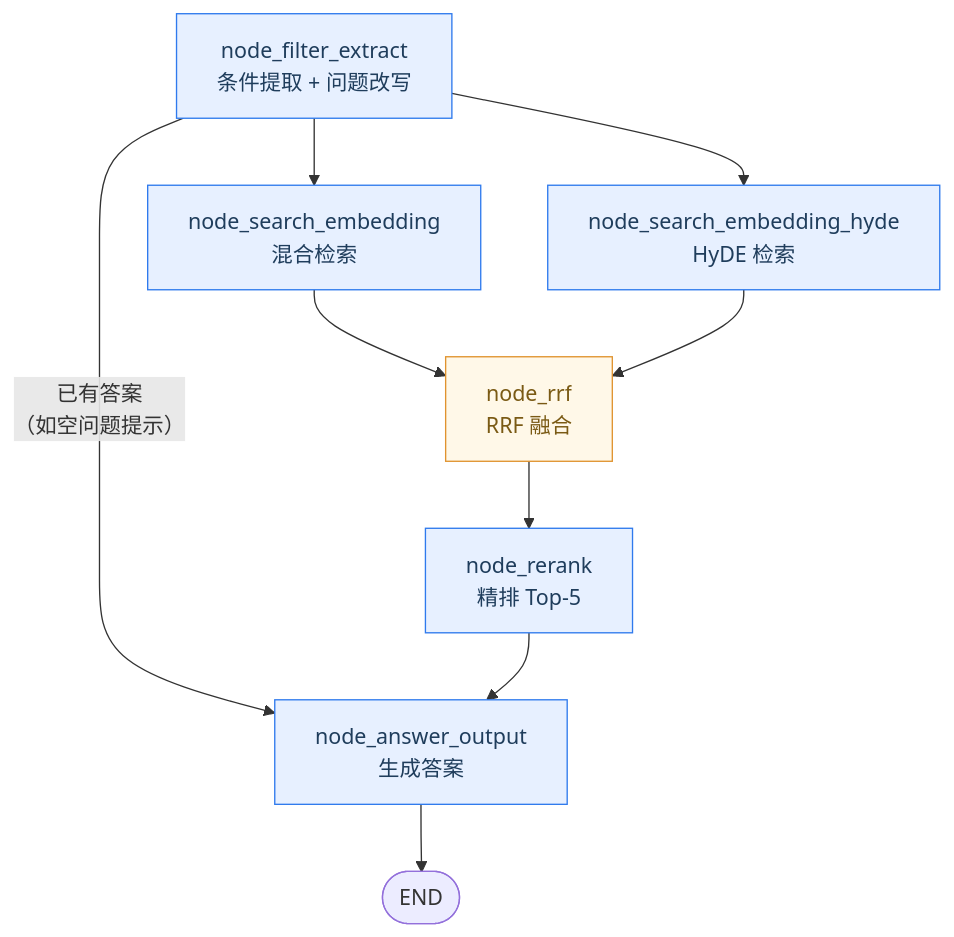
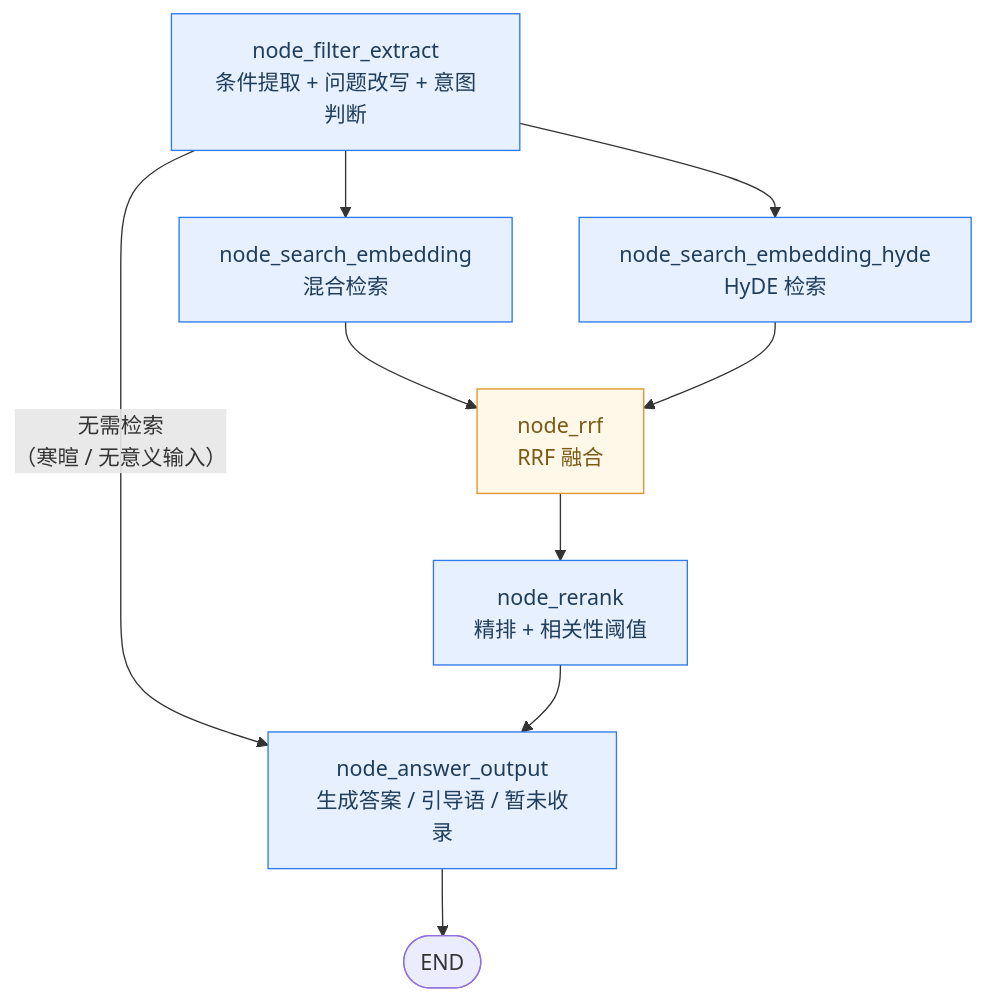
One commit to oldhan-Dot/parenting-kb changed the third of 3 diagrams in README.md. Above: the diagram before and after it, drawn with Mermaid. The commit also changed other lines of this file and 3 other files, not shown here.

````diff
--- a/README.md
+++ b/README.md
@@ -340,16 +377,16 @@
 ```mermaid
 flowchart TD
-    A["node_filter_extract<br/>条件提取 + 问题改写"] -->|"已有答案<br/>（如空问题提示）"| G["node_answer_output<br/>生成答案"]
+    A["node_filter_extract<br/>条件提取 + 问题改写 + 意图判断"] -->|"无需检索<br/>（寒暄 / 无意义输入）"| G["node_answer_output<br/>生成答案 / 引导语 / 暂未收录"]
     A --> B["node_search_embedding<br/>混合检索"]
     A --> C["node_search_embedding_hyde<br/>HyDE 检索"]
     B --> D["node_rrf<br/>RRF 融合"]
     C --> D
-    D --> E["node_rerank<br/>精排 Top-5"]
+    D --> E["node_rerank<br/>精排 + 相关性阈值"]
     E --> G
     G --> H(["END"])
 
     classDef main fill:#e7f0ff,stroke:#2f7aed,color:#1f3d5c
     classDef merge fill:#fff8e8,stroke:#e0932f,color:#7a5a14
     class A,B,C,E,G main
     class D merge
 ```
````
